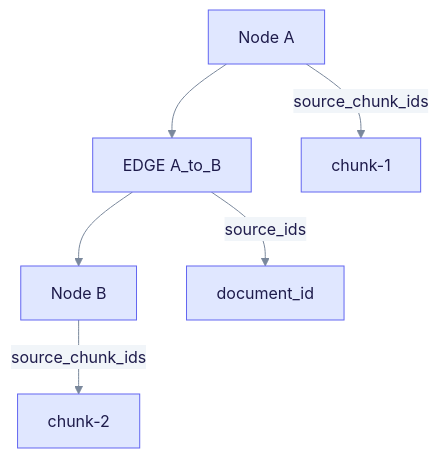
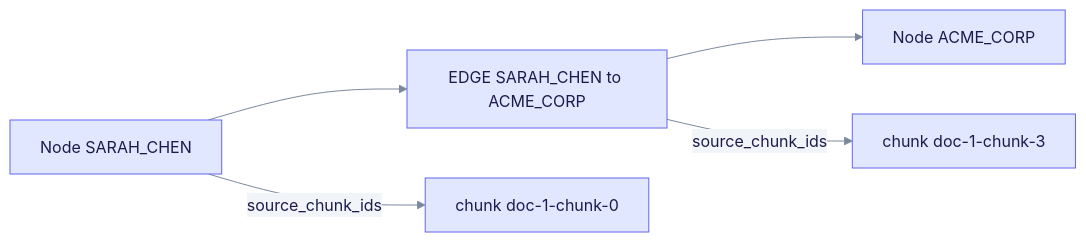
The fourth of 7 diagrams in docs/deep-dives/data-layer.md (raphaelmansuy/edgequake), drawn with Mermaid before and after one commit. The commit also changed other lines of this file and 194 other files, not shown here.

First line of the commit message:
Refresh docs against code and rebuild schema E/R as progressive steps

````diff
--- a/docs/deep-dives/data-layer.md
+++ b/docs/deep-dives/data-layer.md
@@ -411,12 +261,13 @@
 ```mermaid
 %%{init: {"theme":"base","themeVariables":{"primaryColor":"#E0E7FF","primaryBorderColor":"#6366F1","primaryTextColor":"#1E1B4B","secondaryColor":"#D1FAE5","secondaryBorderColor":"#10B981","secondaryTextColor":"#064E3B","tertiaryColor":"#FEF3C7","tertiaryBorderColor":"#F59E0B","tertiaryTextColor":"#6B7A90","lineColor":"#7A889C","clusterBkg":"rgba(99,102,241,0.07)","clusterBorder":"#A5B4FC","noteBkgColor":"#FEF9C3","noteTextColor":"#422006","textColor":"#6B7A90","titleColor":"#6B7A90","signalColor":"#7A889C","signalTextColor":"#6B7A90","loopTextColor":"#6B7A90","edgeLabelBackground":"#F1F5F9","actorLineColor":"#94A3B8"}}}%%
 %% eq-theme:v1
-flowchart TB
-  nA["Node A"]
-  nB["Node B"]
-  eAB["EDGE A_to_B"]
+flowchart LR
+  nA["Node SARAH_CHEN"]
+  nB["Node ACME_CORP"]
+  eAB["EDGE SARAH_CHEN to ACME_CORP"]
+  c1["chunk doc-1-chunk-0"]
+  c2["chunk doc-1-chunk-3"]
   nA --> eAB --> nB
-  nA -->|"source_chunk_ids"| c1["chunk-1"]
-  nB -->|"source_chunk_ids"| c2["chunk-2"]
-  eAB -->|"source_ids"| doc["document_id"]
+  nA -->|"source_chunk_ids"| c1
+  eAB -->|"source_chunk_ids"| c2
 ```
````
